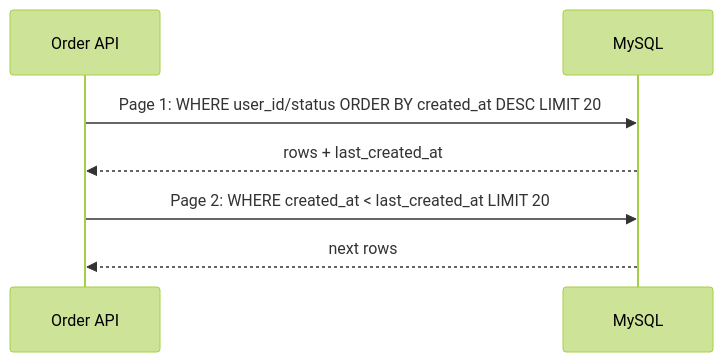
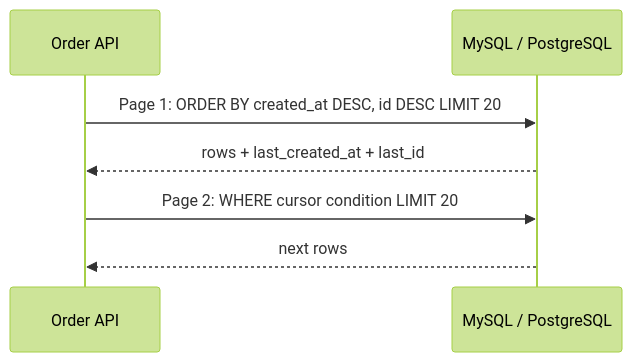
One commit to AmazingCaddy/readings-backend changed the third of 4 diagrams in docs/database/index-and-slow-query.md. Above: the diagram before and after it, drawn with Mermaid (forest theme). The commit also changed other lines of this file, not shown here.

````diff
--- a/docs/database/index-and-slow-query.md
+++ b/docs/database/index-and-slow-query.md
@@ -68,10 +346,10 @@
 ```mermaid
 sequenceDiagram
     participant API as Order API
-    participant DB as MySQL
+    participant DB as MySQL / PostgreSQL
 
-    API->>DB: Page 1: WHERE user_id/status ORDER BY created_at DESC LIMIT 20
-    DB-->>API: rows + last_created_at
-    API->>DB: Page 2: WHERE created_at < last_created_at LIMIT 20
+    API->>DB: Page 1: ORDER BY created_at DESC, id DESC LIMIT 20
+    DB-->>API: rows + last_created_at + last_id
+    API->>DB: Page 2: WHERE cursor condition LIMIT 20
     DB-->>API: next rows
 ```
````
